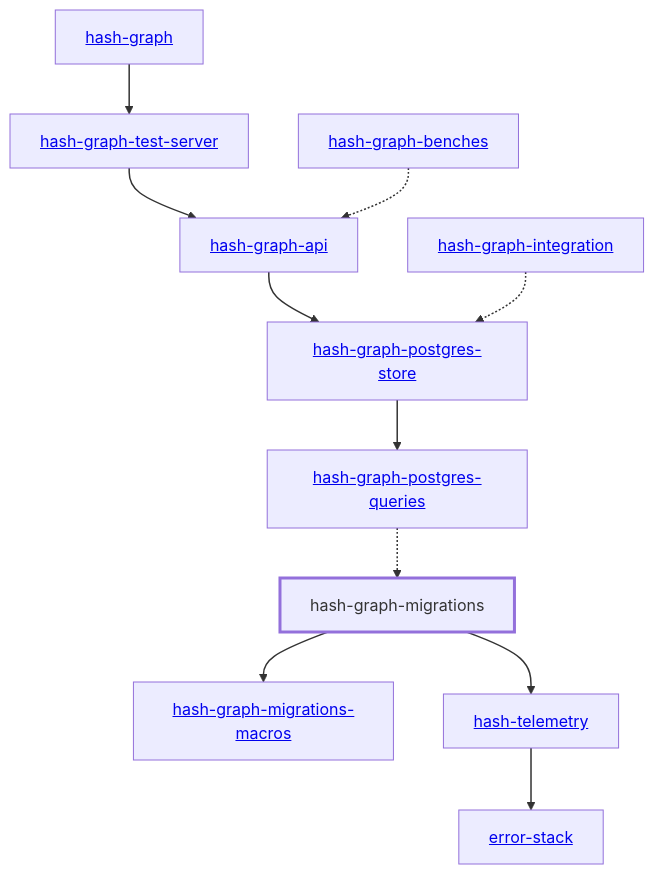
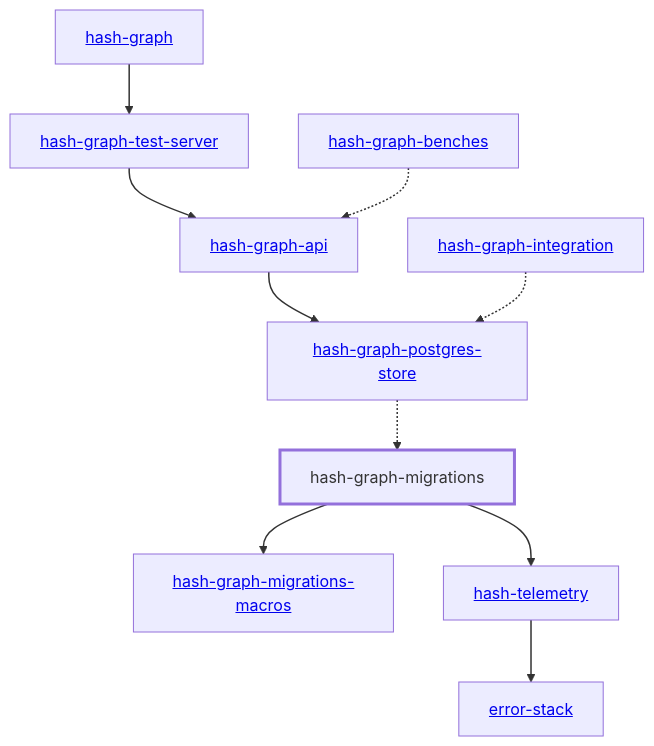
One commit to hashintel/hash changed the diagram in libs/@local/graph/migrations/docs/dependency-diagram.mmd. Above: the diagram before and after it, drawn with Mermaid. The commit also changed 52 other files, not shown here.

```diff
--- a/libs/@local/graph/migrations/docs/dependency-diagram.mmd
+++ b/libs/@local/graph/migrations/docs/dependency-diagram.mmd
@@ -1,32 +1,30 @@
 graph TD
     linkStyle default stroke-width:1.5px
     classDef default stroke-width:1px
     classDef root stroke-width:3px
     classDef dev stroke-width:1px
     classDef build stroke-width:1px
     %% Legend
     %% --> : Normal dependency
     %% -.-> : Dev dependency
     %% ---> : Build dependency
     0[<a href="../hash_graph/index.html">hash-graph</a>]
     1[<a href="../hash_graph_api/index.html">hash-graph-api</a>]
     2[hash-graph-migrations]
     class 2 root
     3[<a href="../hash_graph_migrations_macros/index.html">hash-graph-migrations-macros</a>]
-    4[<a href="../hash_graph_postgres_queries/index.html">hash-graph-postgres-queries</a>]
-    5[<a href="../hash_graph_postgres_store/index.html">hash-graph-postgres-store</a>]
-    6[<a href="../hash_graph_test_server/index.html">hash-graph-test-server</a>]
-    7[<a href="../hash_telemetry/index.html">hash-telemetry</a>]
-    8[<a href="../error_stack/index.html">error-stack</a>]
-    9[<a href="../hash_graph_benches/index.html">hash-graph-benches</a>]
-    10[<a href="../hash_graph_integration/index.html">hash-graph-integration</a>]
-    0 --> 6
-    1 --> 5
+    4[<a href="../hash_graph_postgres_store/index.html">hash-graph-postgres-store</a>]
+    5[<a href="../hash_graph_test_server/index.html">hash-graph-test-server</a>]
+    6[<a href="../hash_telemetry/index.html">hash-telemetry</a>]
+    7[<a href="../error_stack/index.html">error-stack</a>]
+    8[<a href="../hash_graph_benches/index.html">hash-graph-benches</a>]
+    9[<a href="../hash_graph_integration/index.html">hash-graph-integration</a>]
+    0 --> 5
+    1 --> 4
     2 --> 3
-    2 --> 7
+    2 --> 6
     4 -.-> 2
-    5 --> 4
-    6 --> 1
-    7 --> 8
-    9 -.-> 1
-    10 -.-> 5
+    5 --> 1
+    6 --> 7
+    8 -.-> 1
+    9 -.-> 4
```
